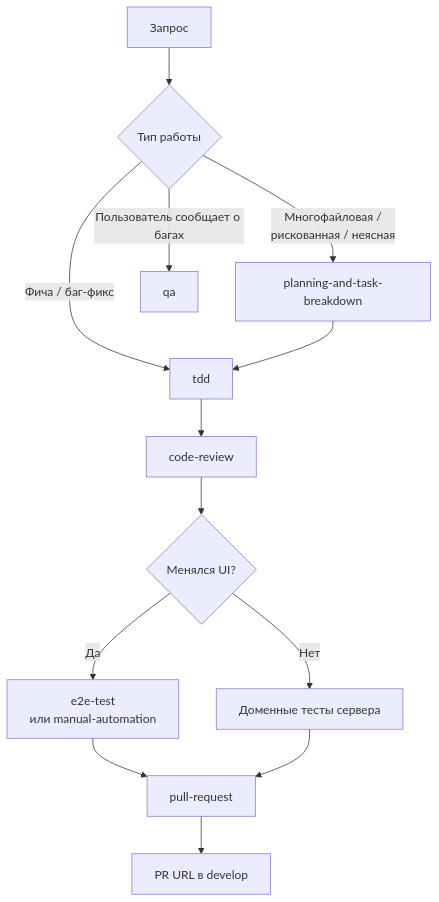
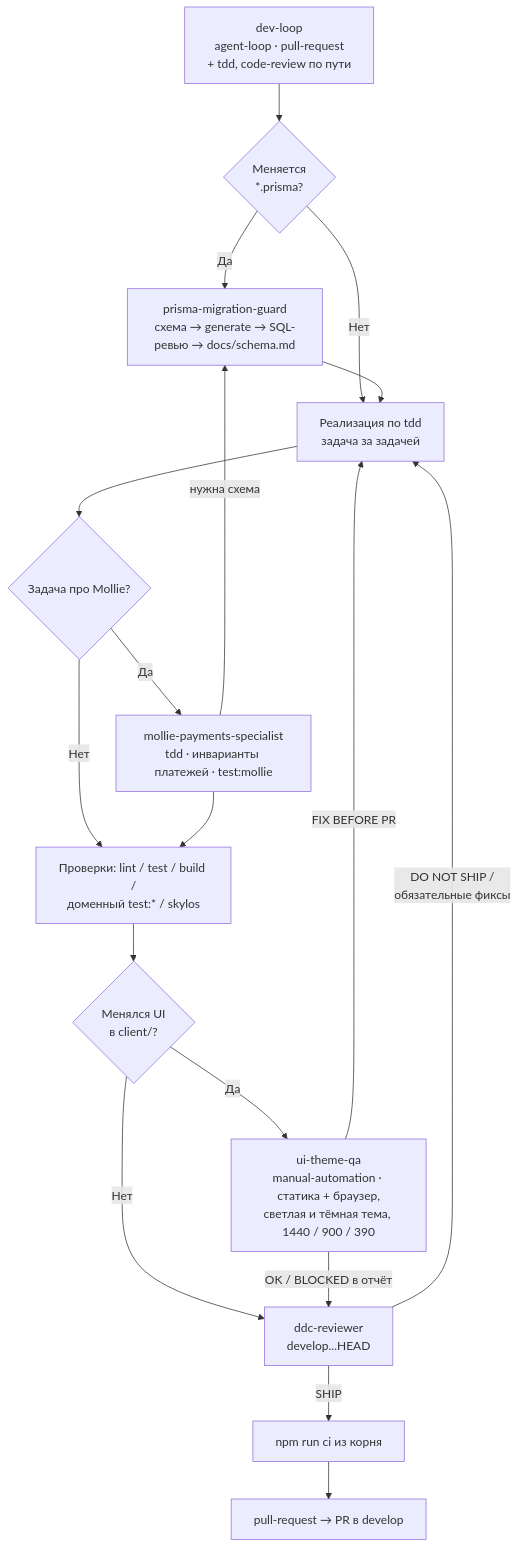
One commit to Myrhoiazov/ddc-nl-crm changed the second of 2 diagrams in .agents/agents/README.md. Above: the diagram before and after it, drawn with Mermaid. The commit also changed other lines of this file and 5 other files, not shown here.

````diff
--- a/.agents/agents/README.md
+++ b/.agents/agents/README.md
@@ -39,15 +69,20 @@
 ```mermaid
 graph TD
-    Req["Запрос"] --> Kind{"Тип работы"}
-    Kind -- "Многофайловая /<br/>рискованная / неясная" --> Plan["planning-and-task-breakdown"]
-    Kind -- "Фича / баг-фикс" --> TDD["tdd"]
-    Kind -- "Пользователь сообщает о багах" --> QA["qa"]
-    Plan --> TDD
-    TDD --> Review["code-review"]
-    Review --> UI{"Менялся UI?"}
-    UI -- "Да" --> E2E["e2e-test<br/>или manual-automation"]
-    UI -- "Нет" --> Tests["Доменные тесты сервера"]
-    E2E --> PR["pull-request"]
-    Tests --> PR
-    PR --> Done["PR URL в develop"]
+    DL["dev-loop<br/>agent-loop · pull-request<br/>+ tdd, code-review по пути"] --> Schema{"Меняется<br/>*.prisma?"}
+    Schema -- "Да" --> PMG["prisma-migration-guard<br/>схема → generate → SQL-ревью → docs/schema.md"]
+    Schema -- "Нет" --> Impl
+    PMG --> Impl["Реализация по tdd<br/>задача за задачей"]
+    Impl --> Mollie{"Задача про Mollie?"}
+    Mollie -- "Да" --> MPS["mollie-payments-specialist<br/>tdd · инварианты платежей · test:mollie"]
+    MPS -- "нужна схема" --> PMG
+    Mollie -- "Нет" --> Checks
+    MPS --> Checks["Проверки: lint / test / build /<br/>доменный test:* / skylos"]
+    Checks --> UI{"Менялся UI<br/>в client/?"}
+    UI -- "Да" --> UTQ["ui-theme-qa<br/>manual-automation · статика + браузер,<br/>светлая и тёмная тема, 1440 / 900 / 390"]
+    UI -- "Нет" --> Review
+    UTQ -- "FIX BEFORE PR" --> Impl
+    UTQ -- "OK / BLOCKED в отчёт" --> Review["ddc-reviewer<br/>develop...HEAD"]
+    Review -- "DO NOT SHIP /<br/>обязательные фиксы" --> Impl
+    Review -- "SHIP" --> CI["npm run ci из корня"]
+    CI --> PRs["pull-request → PR в develop"]
 ```
````
